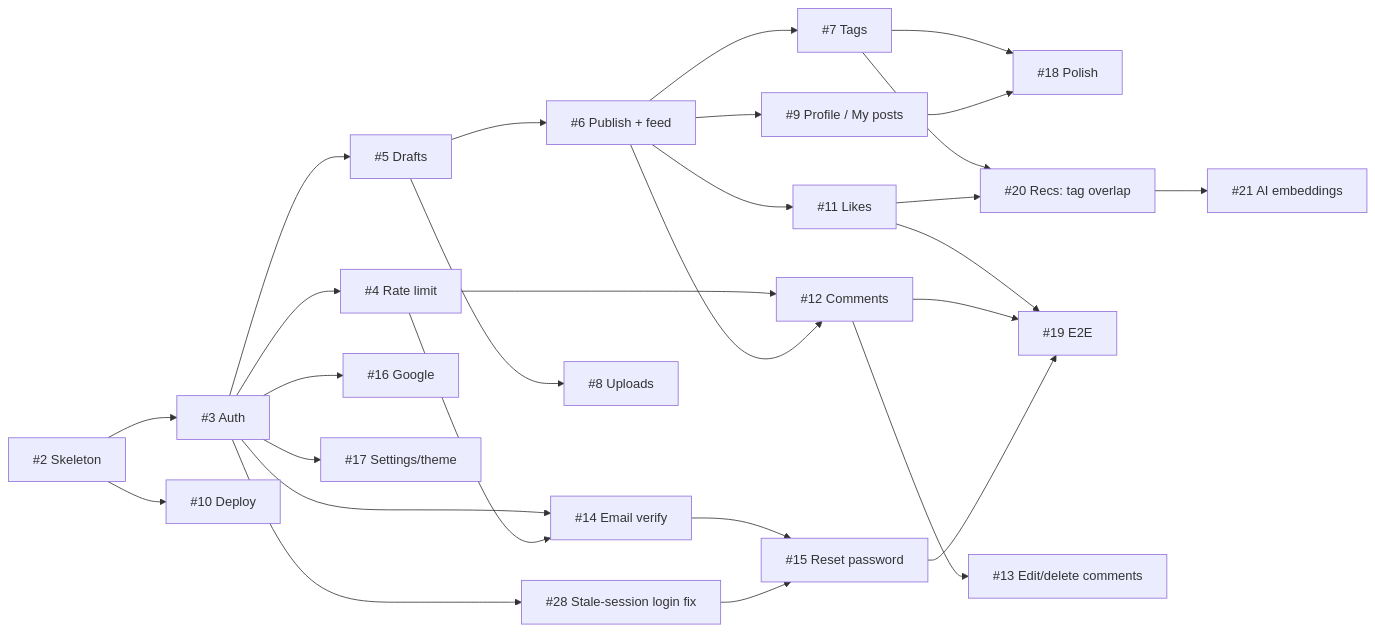
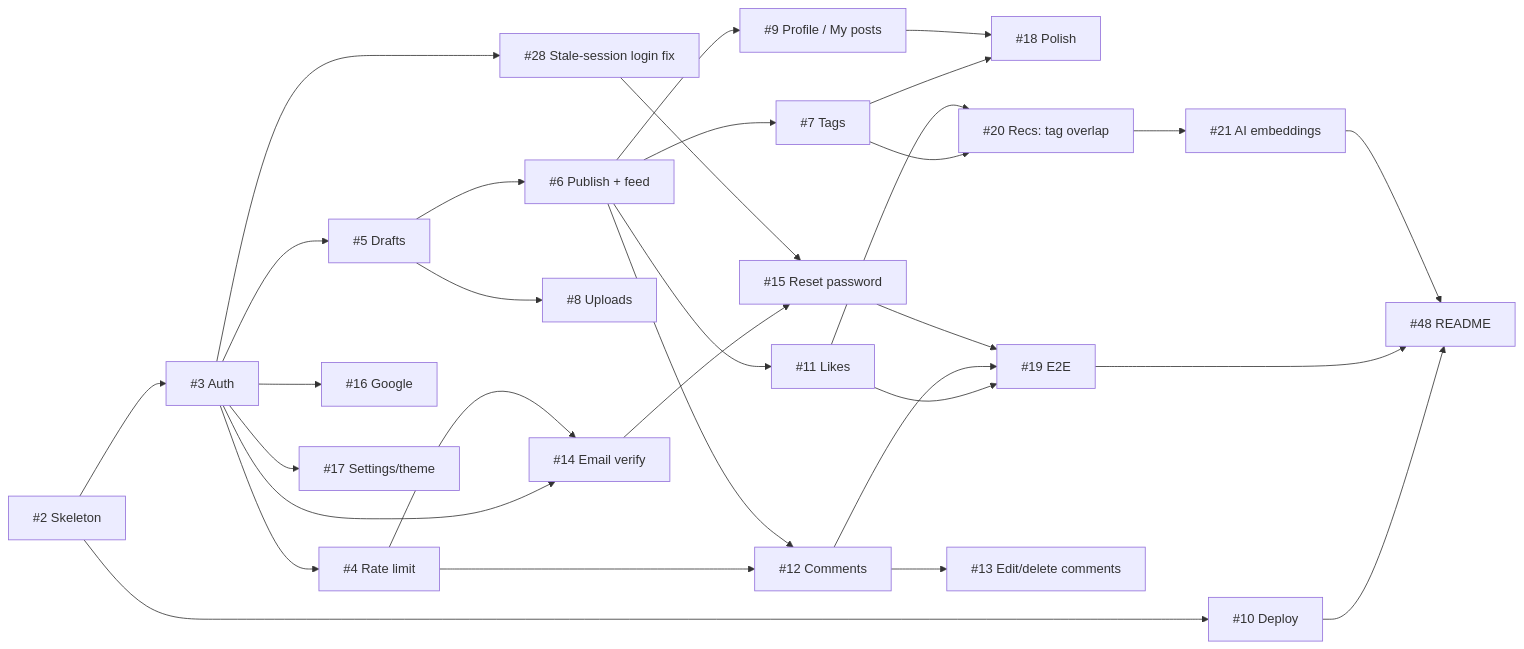
The diagram in docs/agents/roadmap.md (ja03/pencil), drawn with Mermaid before and after one commit. The commit also changed other lines of this file, not shown here.

First line of the commit message:
Roadmap: add #48 in place of the "Not ticketed yet" note

````diff
--- a/docs/agents/roadmap.md
+++ b/docs/agents/roadmap.md
@@ -51,30 +51,33 @@
 ```mermaid
 flowchart LR
   I2[#2 Skeleton] --> I3[#3 Auth]
   I2 --> I10[#10 Deploy]
   I3 --> I4[#4 Rate limit]
   I3 --> I5[#5 Drafts]
   I3 --> I14[#14 Email verify]
   I3 --> I16[#16 Google]
   I3 --> I17[#17 Settings/theme]
   I4 --> I12[#12 Comments]
   I4 --> I14
   I5 --> I6[#6 Publish + feed]
   I5 --> I8[#8 Uploads]
   I6 --> I7[#7 Tags]
   I6 --> I9[#9 Profile / My posts]
   I6 --> I11[#11 Likes]
   I6 --> I12
   I7 --> I18[#18 Polish]
   I9 --> I18
   I7 --> I20[#20 Recs: tag overlap]
   I11 --> I20
   I11 --> I19[#19 E2E]
   I12 --> I13[#13 Edit/delete comments]
   I12 --> I19
   I14 --> I15[#15 Reset password]
   I3 --> I28[#28 Stale-session login fix]
   I28 --> I15
   I15 --> I19
   I20 --> I21[#21 AI embeddings]
+  I10 --> I48[#48 README]
+  I19 --> I48
+  I21 --> I48
 ```
````
